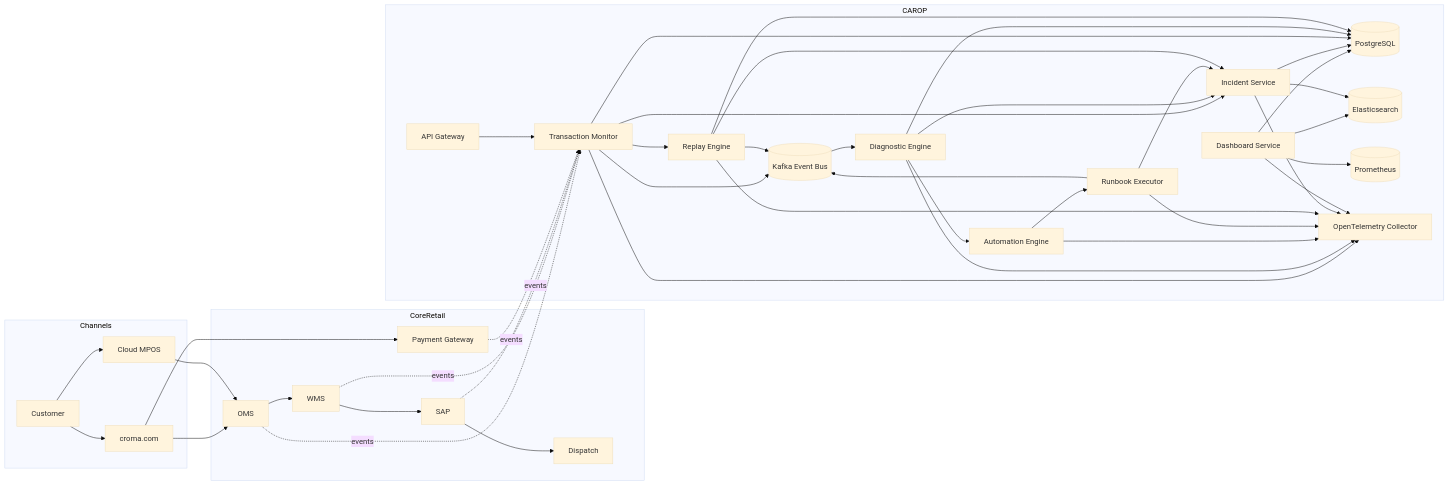
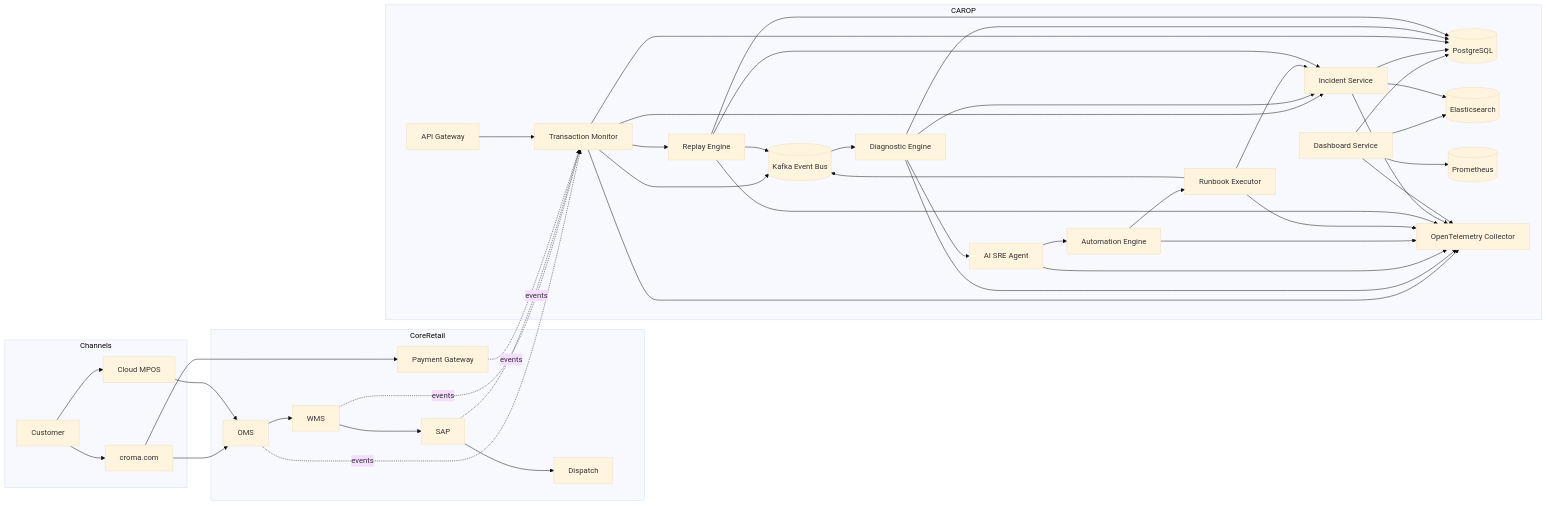
One commit to kadamashok/Ai-OPS-Command-center changed the diagram in docs/architecture.md. Above: the diagram before and after it, drawn with Mermaid (base theme). The commit also changed other lines of this file and 23 other files, not shown here.

Commit message:
Add AI SRE Agent microservice with secure decisioning, KB, runbook governance, and docs

````diff
--- a/docs/architecture.md
+++ b/docs/architecture.md
@@ -15,78 +15,81 @@
 ```mermaid
 flowchart LR
     subgraph Channels
       CUS[Customer]
       WEB[croma.com]
       MPOS[Cloud MPOS]
     end
 
     subgraph CoreRetail
       OMS[OMS]
       WMS[WMS]
       SAP[SAP]
       PG[Payment Gateway]
       DISP[Dispatch]
     end
 
     subgraph CAROP
       APIGW[API Gateway]
       TM[Transaction Monitor]
       DE[Diagnostic Engine]
+      SRE[AI SRE Agent]
       IS[Incident Service]
       AE[Automation Engine]
       RE[Runbook Executor]
       RPE[Replay Engine]
       DS[Dashboard Service]
       KAFKA[(Kafka Event Bus)]
       PGSQL[(PostgreSQL)]
       ES[(Elasticsearch)]
       PROM[(Prometheus)]
       OTEL[OpenTelemetry Collector]
     end
 
     CUS --> WEB
     CUS --> MPOS
     WEB --> OMS
     MPOS --> OMS
     OMS --> WMS --> SAP --> DISP
     WEB --> PG
 
     OMS -. events .-> TM
     WMS -. events .-> TM
     SAP -. events .-> TM
     PG -. events .-> TM
 
     APIGW --> TM
     TM --> KAFKA
     TM --> IS
 
     KAFKA --> DE
     DE --> IS
-    DE --> AE
+    DE --> SRE
+    SRE --> AE
 
     AE --> RE
     RE --> KAFKA
     RE --> IS
 
     TM --> RPE
     RPE --> KAFKA
     RPE --> IS
 
     DS --> PGSQL
     DS --> ES
     DS --> PROM
 
     TM --> OTEL
     DE --> OTEL
+    SRE --> OTEL
     AE --> OTEL
     RE --> OTEL
     RPE --> OTEL
     IS --> OTEL
     DS --> OTEL
 
     IS --> PGSQL
     TM --> PGSQL
     DE --> PGSQL
     RPE --> PGSQL
     IS --> ES
 ```
````
